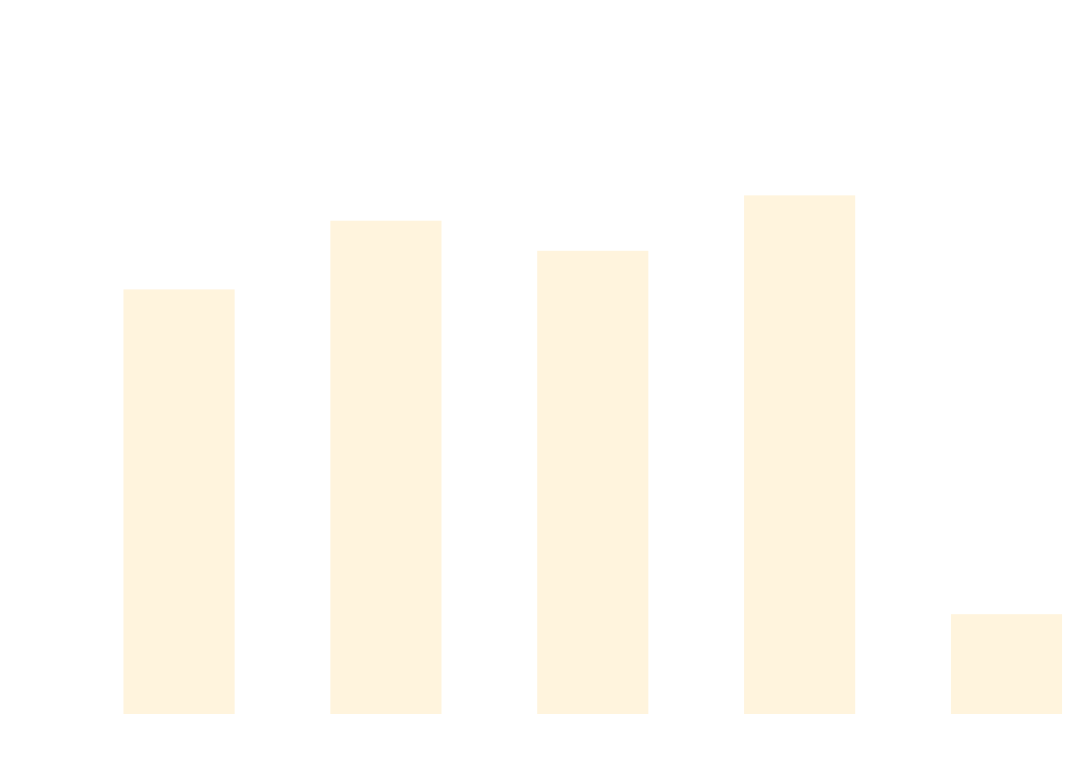
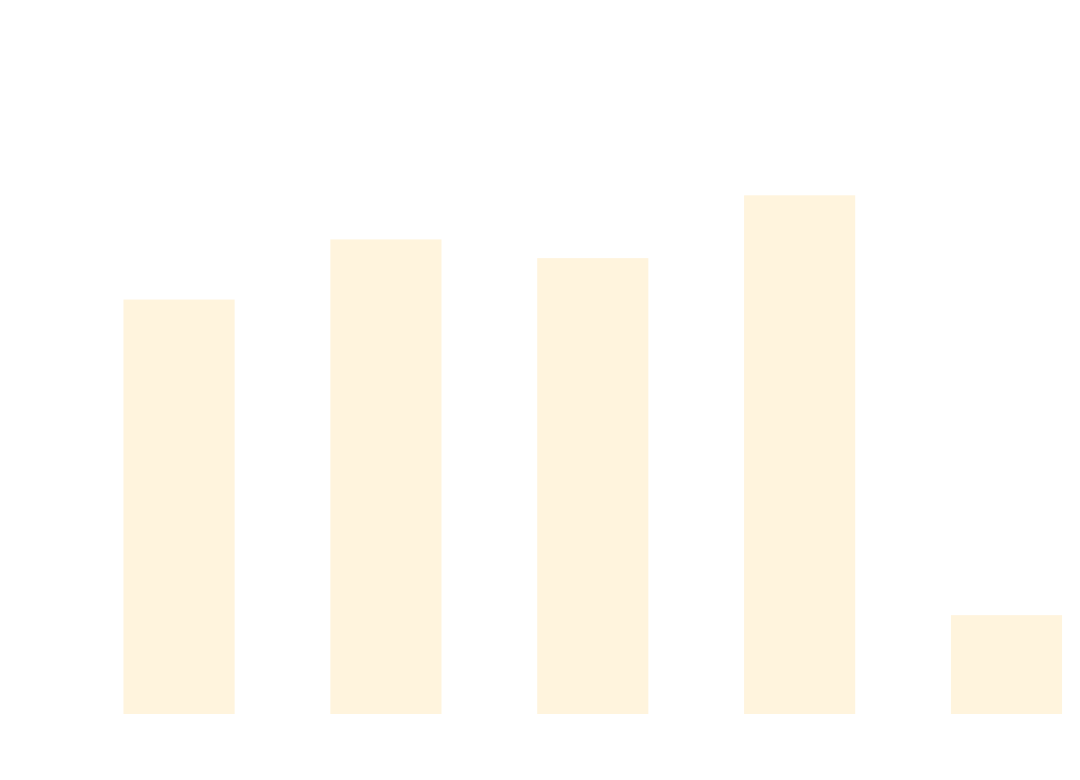
One commit to thomhurst/TUnit changed the diagram in docs/docs/benchmarks/AsyncTests.md. Above: the diagram before and after it, drawn with Mermaid. The commit also changed other lines of this file and 17 other files, not shown here.

````diff
--- a/docs/docs/benchmarks/AsyncTests.md
+++ b/docs/docs/benchmarks/AsyncTests.md
@@ -27,37 +27,37 @@
 ```mermaid
 %%{init: {
   'theme':'base',
   'themeVariables': {
     'primaryColor': '#2563eb',
     'primaryTextColor': '#ffffff',
     'primaryBorderColor': '#1e40af',
     'lineColor': '#6b7280',
     'secondaryColor': '#7c3aed',
     'tertiaryColor': '#dc2626',
     'background': '#ffffff',
     'mainBkg': '#2563eb',
     'secondBkg': '#7c3aed',
     'tertiaryBkg': '#dc2626',
     'clusterBkg': '#f3f4f6',
     'edgeLabelBackground': '#ffffff',
     'tertiaryTextColor': '#1f2937',
     'pie1': '#2563eb',
     'pie2': '#7c3aed',
     'pie3': '#dc2626',
     'pie4': '#f59e0b',
     'pie5': '#10b981',
     'pie6': '#06b6d4',
     'pie7': '#ec4899',
     'pie8': '#6366f1',
     'pie9': '#84cc16',
     'pie10': '#f97316',
     'pie11': '#14b8a6',
     'pie12': '#a855f7'
   }
 }}%%
 xychart-beta
   title "AsyncTests Performance Comparison"
   x-axis ["TUnit", "NUnit", "MSTest", "xUnit3", "TUnit_AOT"]
-  y-axis "Time (ms)" 0 --> 870
-  bar [589.8, 688.2, 645.1, 724.5, 124.7]
+  y-axis "Time (ms)" 0 --> 877
+  bar [579.9, 666.7, 639.7, 730.4, 124.3]
 ```
````
